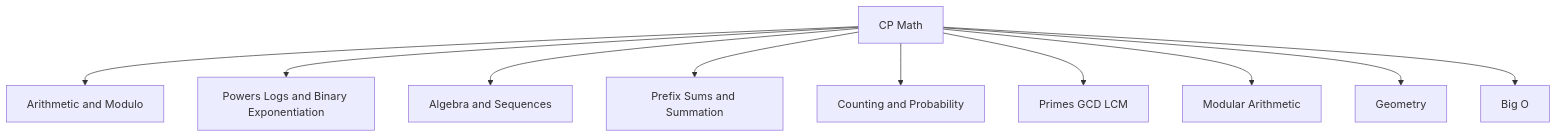
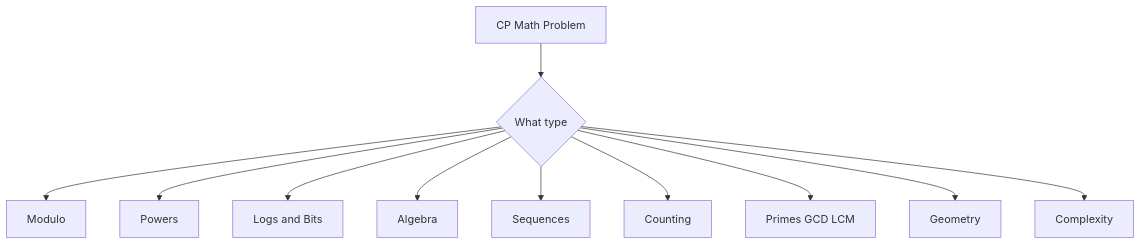
Before and after one commit to mthaiseer/springcloud-systemdesign-notes: the first of 14 diagrams in CP_DSA_NOTES/000_MATH/cp_dsa_math_visual_reference.md, drawn with Mermaid. The commit also changed other lines of this file, not shown here.

````diff
--- a/CP_DSA_NOTES/000_MATH/cp_dsa_math_visual_reference.md
+++ b/CP_DSA_NOTES/000_MATH/cp_dsa_math_visual_reference.md
@@ -9,12 +9,13 @@
 ```mermaid
 flowchart TD
-    A[CP Math] --> B[Arithmetic and Modulo]
-    A --> C[Powers Logs and Binary Exponentiation]
-    A --> D[Algebra and Sequences]
-    A --> E[Prefix Sums and Summation]
-    A --> F[Counting and Probability]
-    A --> G[Primes GCD LCM]
-    A --> H[Modular Arithmetic]
-    A --> I[Geometry]
-    A --> J[Big O]
+    A[CP Math Problem] --> B{What type}
+    B --> C[Modulo]
+    B --> D[Powers]
+    B --> E[Logs and Bits]
+    B --> F[Algebra]
+    B --> G[Sequences]
+    B --> H[Counting]
+    B --> I[Primes GCD LCM]
+    B --> J[Geometry]
+    B --> K[Complexity]
 ```
````
